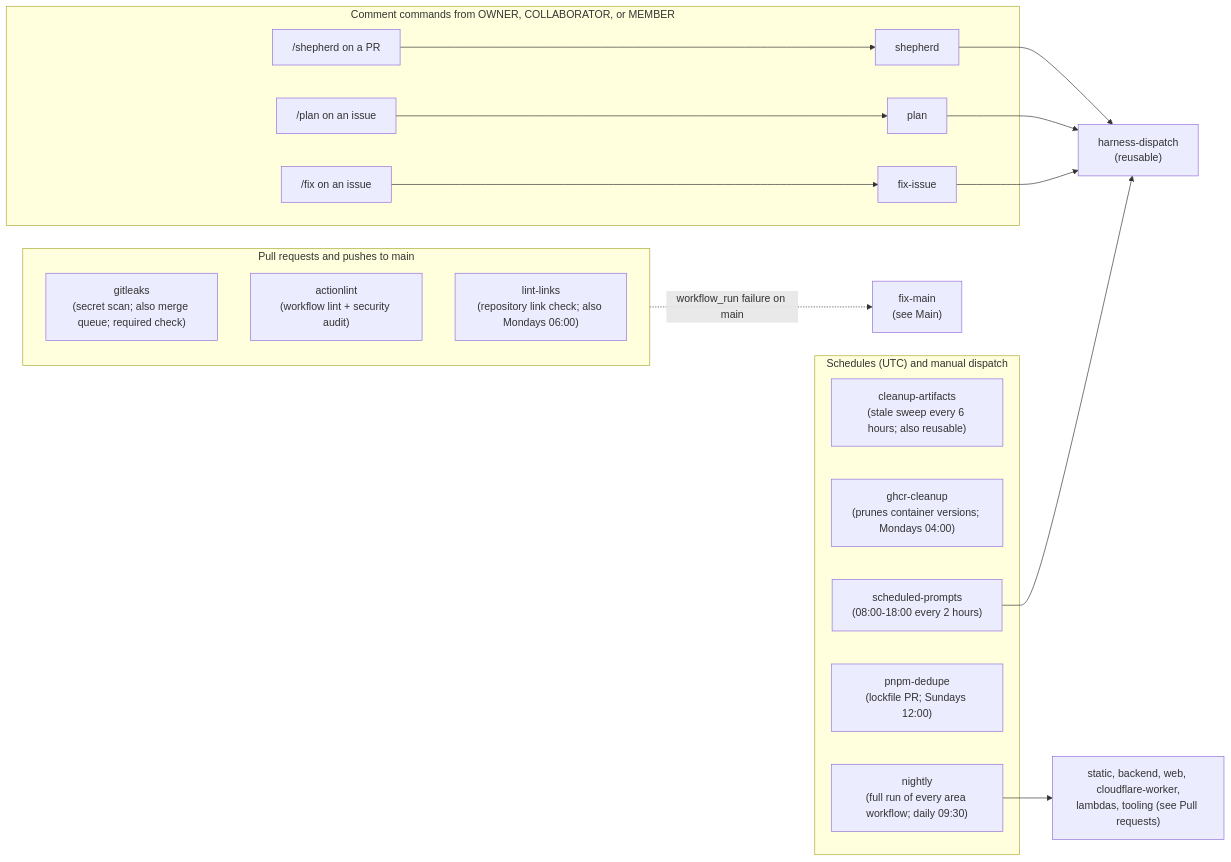
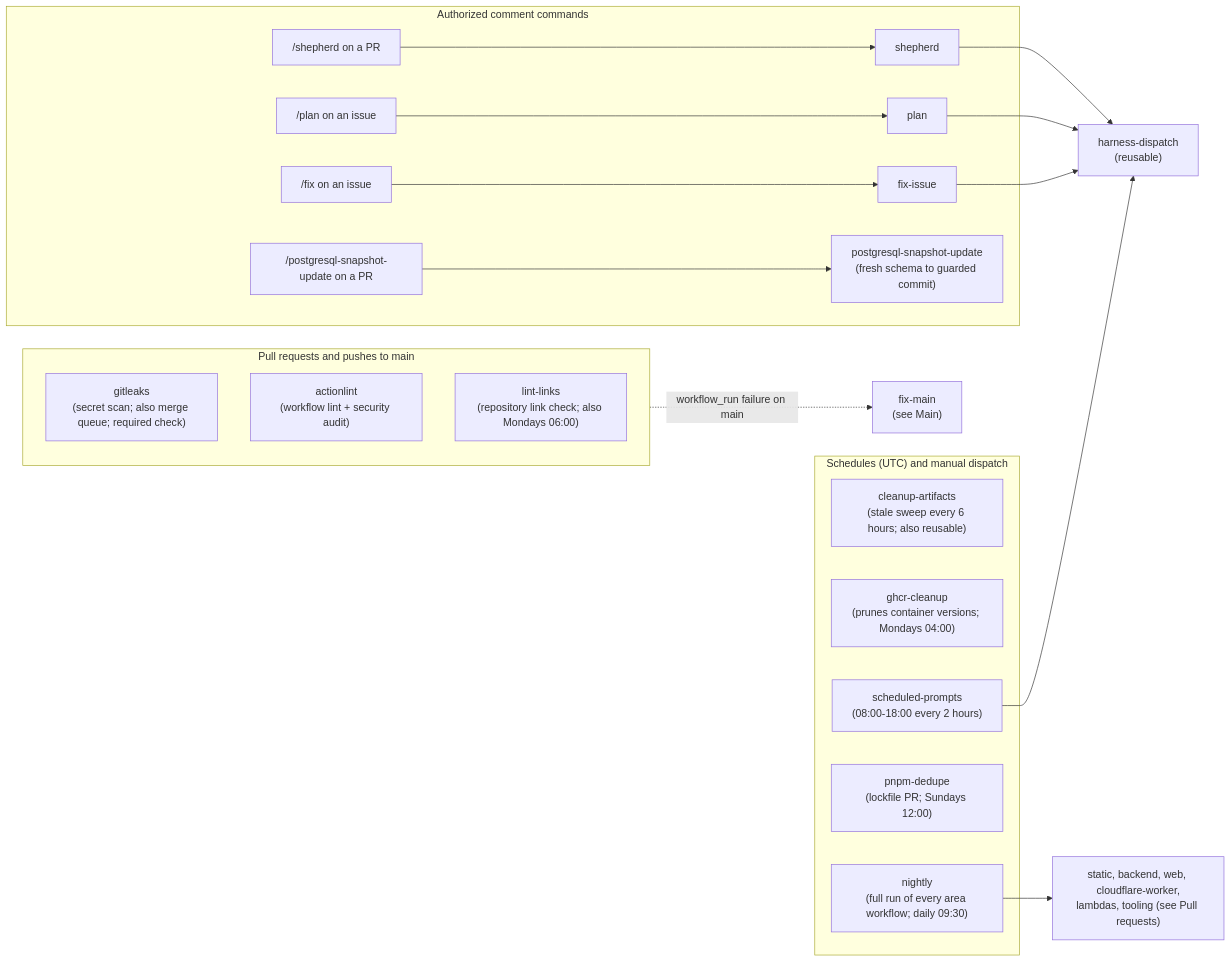
One commit to vouchington/vouchington changed the diagram in .github/workflows/reference-workflow-automation-always-run.md. Above: the diagram before and after it, drawn with Mermaid. The commit also changed 24 other files, not shown here.

````diff
--- a/.github/workflows/reference-workflow-automation-always-run.md
+++ b/.github/workflows/reference-workflow-automation-always-run.md
@@ -13,32 +13,34 @@
 ```mermaid
 flowchart LR
     subgraph pr-and-main["Pull requests and pushes to main"]
         gitleaks["gitleaks<br/>(secret scan; also merge queue; required check)"]
         actionlint["actionlint<br/>(workflow lint + security audit)"]
         lint-links["lint-links<br/>(repository link check; also Mondays 06:00)"]
     end
     subgraph schedules["Schedules (UTC) and manual dispatch"]
         cleanup-artifacts["cleanup-artifacts<br/>(stale sweep every 6 hours; also reusable)"]
         ghcr-cleanup["ghcr-cleanup<br/>(prunes container versions; Mondays 04:00)"]
         nightly["nightly<br/>(full run of every area workflow; daily 09:30)"]
         pnpm-dedupe["pnpm-dedupe<br/>(lockfile PR; Sundays 12:00)"]
         scheduled-prompts["scheduled-prompts<br/>(08:00-18:00 every 2 hours)"]
     end
-    subgraph comment-commands["Comment commands from OWNER, COLLABORATOR, or MEMBER"]
+    subgraph comment-commands["Authorized comment commands"]
         fix-issue-comment["/fix on an issue"]
         plan-comment["/plan on an issue"]
         shepherd-comment["/shepherd on a PR"]
+        snapshot-comment["/postgresql-snapshot-update on a PR"]
         fix-issue-comment --> fix-issue["fix-issue"]
         plan-comment --> plan["plan"]
         shepherd-comment --> shepherd["shepherd"]
+        snapshot-comment --> postgresql-snapshot-update["postgresql-snapshot-update<br/>(fresh schema to guarded commit)"]
     end
     harness-dispatch["harness-dispatch<br/>(reusable)"]
     fix-main-ref["fix-main<br/>(see Main)"]
     area-workflows-ref["static, backend, web, cloudflare-worker,<br/>lambdas, tooling (see Pull requests)"]
     nightly --> area-workflows-ref
     pr-and-main -. "workflow_run failure on main" .-> fix-main-ref
     scheduled-prompts --> harness-dispatch
     fix-issue --> harness-dispatch
     plan --> harness-dispatch
     shepherd --> harness-dispatch
 ```
````
